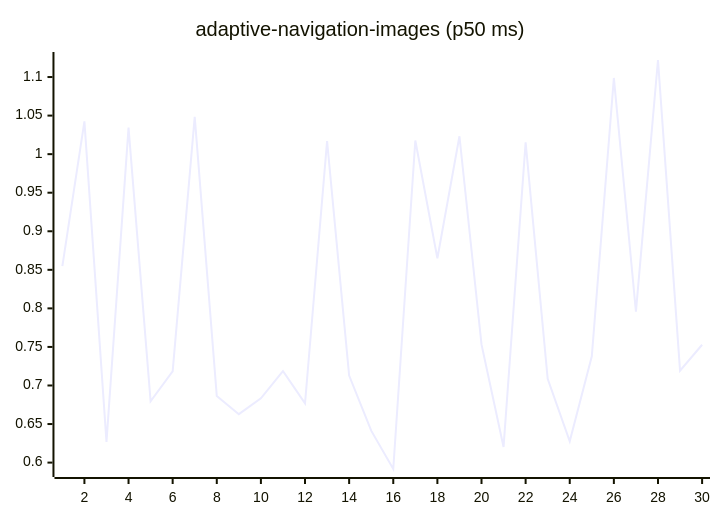
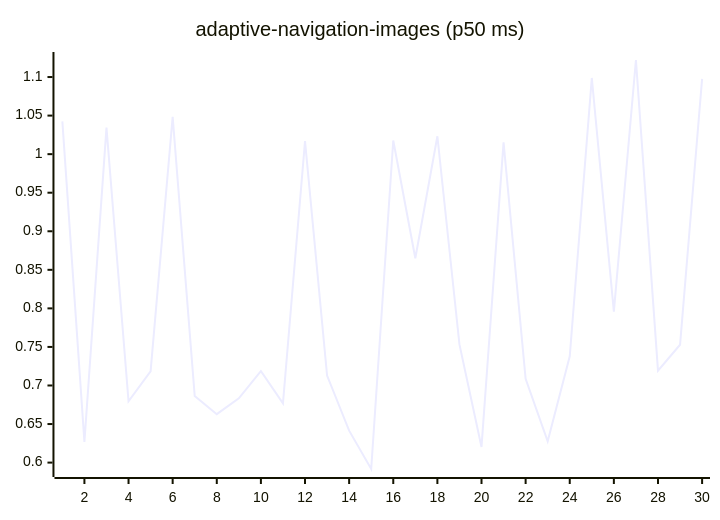
One commit to josha/Facet changed the first of 27 diagrams in README.md. Above: the diagram before and after it, drawn with Mermaid. The commit also changed other lines of this file and 2 other files, not shown here.

````diff
--- a/README.md
+++ b/README.md
@@ -63,6 +63,6 @@
 ```mermaid
 xychart-beta
     title "adaptive-navigation-images (p50 ms)"
     x-axis 1 --> 30
-    line [0.8547, 1.0425, 0.6269, 1.0344, 0.6795, 0.7184, 1.0485, 0.6864, 0.6628, 0.6834, 0.7187, 0.6768, 1.0168, 0.7129, 0.6414, 0.5917, 1.0177, 0.8650, 1.0232, 0.7532, 0.6203, 1.0152, 0.7086, 0.6277, 0.7378, 1.0988, 0.7959, 1.1221, 0.7192, 0.7528]
+    line [1.0425, 0.6269, 1.0344, 0.6795, 0.7184, 1.0485, 0.6864, 0.6628, 0.6834, 0.7187, 0.6768, 1.0168, 0.7129, 0.6414, 0.5917, 1.0177, 0.8650, 1.0232, 0.7532, 0.6203, 1.0152, 0.7086, 0.6277, 0.7378, 1.0988, 0.7959, 1.1221, 0.7192, 0.7528, 1.0977]
 ```
````
